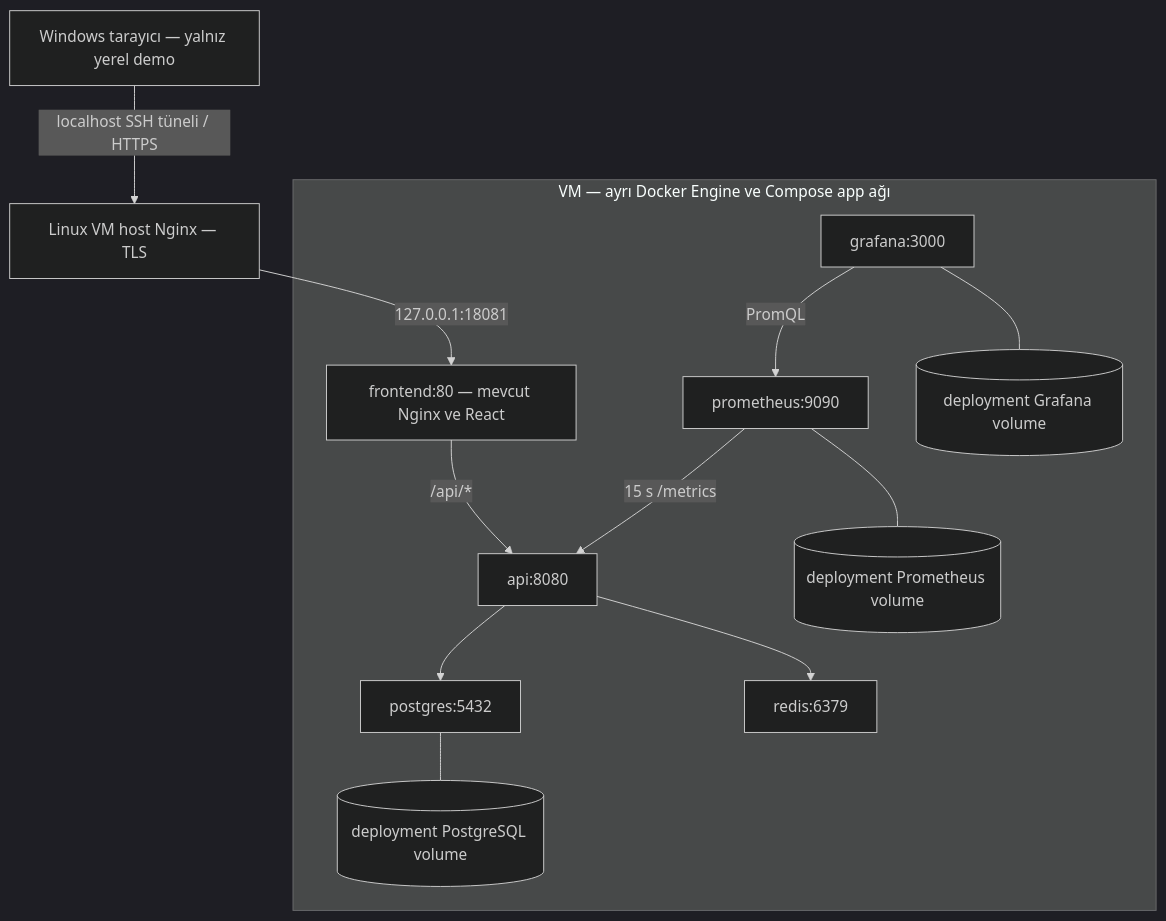
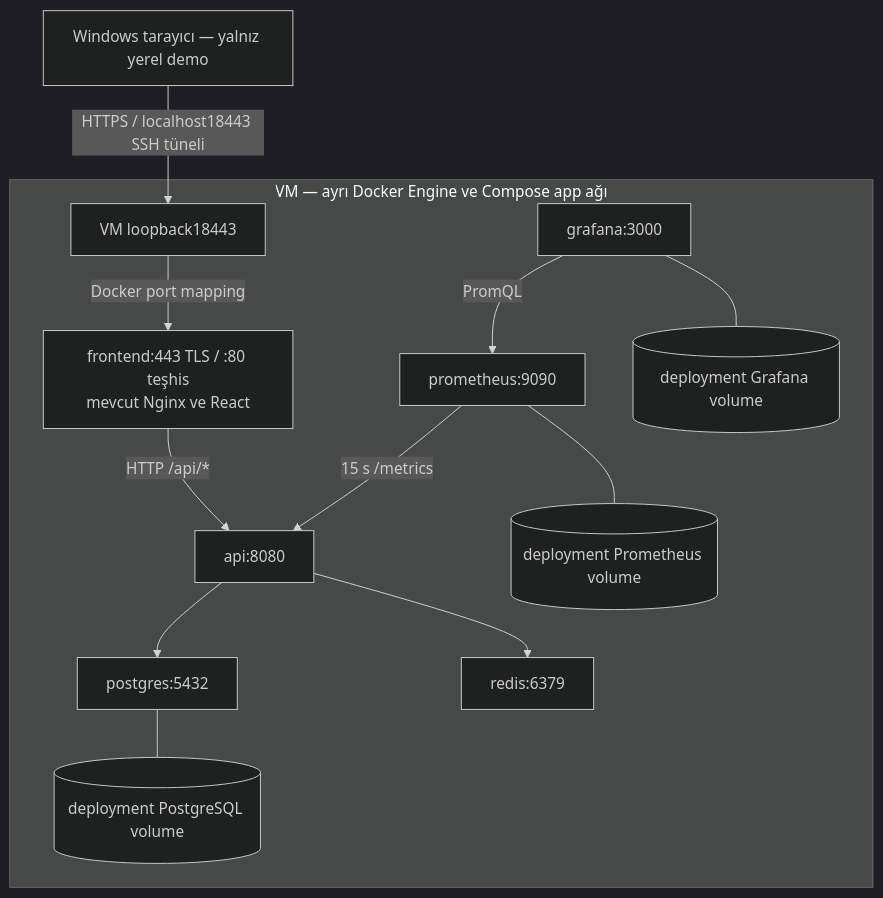
Before and after one commit to EnsarAslannn/fullstack-ops-lab: the diagram in docs/deployment-plan.md, drawn with Mermaid (dark theme). The commit also changed other lines of this file and 8 other files, not shown here.

````diff
--- a/docs/deployment-plan.md
+++ b/docs/deployment-plan.md
@@ -45,15 +45,15 @@
 ```mermaid
 flowchart TB
-    B[Windows tarayıcı — yalnız yerel demo] -->|localhost SSH tüneli / HTTPS| TLS[Linux VM host Nginx — TLS]
-    TLS -->|127.0.0.1:18081| F
+    B[Windows tarayıcı — yalnız yerel demo] -->|HTTPS / localhost18443 SSH tüneli| TLS[VM loopback18443]
     subgraph VM[VM — ayrı Docker Engine ve Compose app ağı]
-        F[frontend:80 — mevcut Nginx ve React] -->|/api/*| A[api:8080]
+        TLS -->|Docker port mapping| F[frontend:443 TLS / :80 teşhis<br/>mevcut Nginx ve React]
+        F -->|HTTP /api/*| A[api:8080]
         A --> P[postgres:5432]
         A --> R[redis:6379]
         M[prometheus:9090] -->|15 s /metrics| A
         G[grafana:3000] -->|PromQL| M
         P --- PV[(deployment PostgreSQL volume)]
         M --- MV[(deployment Prometheus volume)]
         G --- GV[(deployment Grafana volume)]
     end
 ```
````
